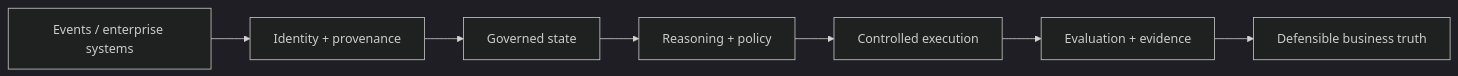
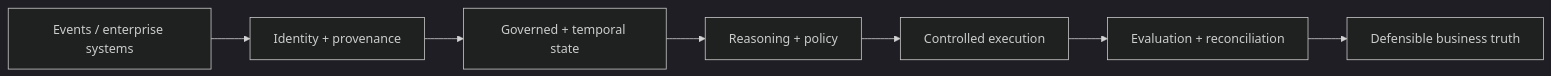
Before and after one commit to rlbsem/rlbsem: the diagram in README.md, drawn with Mermaid (dark theme). The commit also changed other lines of this file, not shown here.

Commit message:
Add temporal customer audiences flagship

````diff
--- a/README.md
+++ b/README.md
@@ -29,9 +31,9 @@
 ```mermaid
 flowchart LR
     A[Events / enterprise systems] --> B[Identity + provenance]
-    B --> C[Governed state]
+    B --> C[Governed + temporal state]
     C --> D[Reasoning + policy]
     D --> E[Controlled execution]
-    E --> F[Evaluation + evidence]
+    E --> F[Evaluation + reconciliation]
     F --> G[Defensible business truth]
 ```
````
